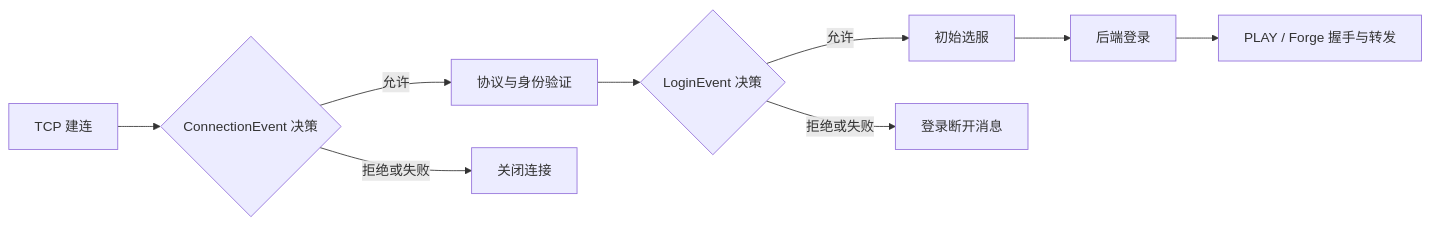
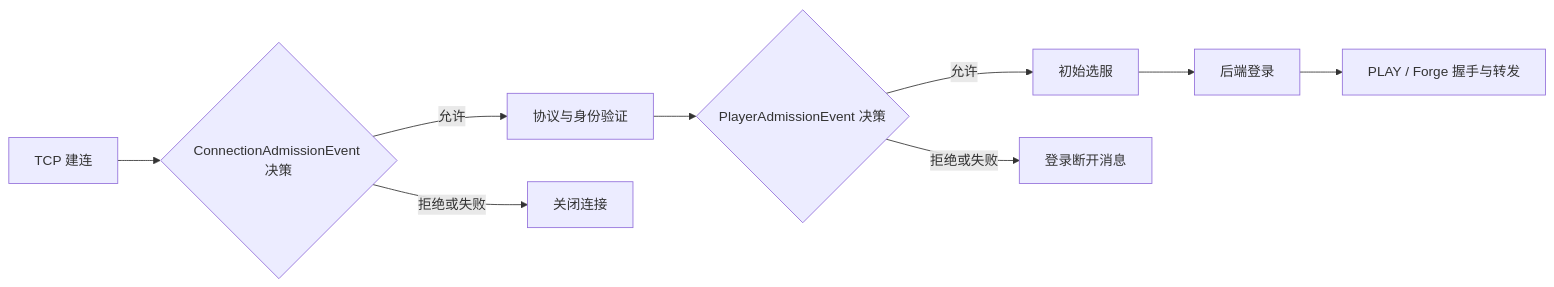
Before and after one commit to layue13/MoonBridge: the diagram in docs/architecture.md, drawn with Mermaid. The commit also changed other lines of this file and 35 other files, not shown here.

Commit message:
Unify event results and clarify player admission

````diff
--- a/docs/architecture.md
+++ b/docs/architecture.md
@@ -19,11 +19,11 @@
 ```mermaid
 flowchart LR
-    A[TCP 建连] --> B{ConnectionEvent 决策}
+    A[TCP 建连] --> B{ConnectionAdmissionEvent 决策}
     B -->|允许| C[协议与身份验证]
     B -->|拒绝或失败| X[关闭连接]
-    C --> D{LoginEvent 决策}
+    C --> D{PlayerAdmissionEvent 决策}
     D -->|允许| E[初始选服]
     D -->|拒绝或失败| Y[登录断开消息]
     E --> F[后端登录]
     F --> G[PLAY / Forge 握手与转发]
 ```
````
